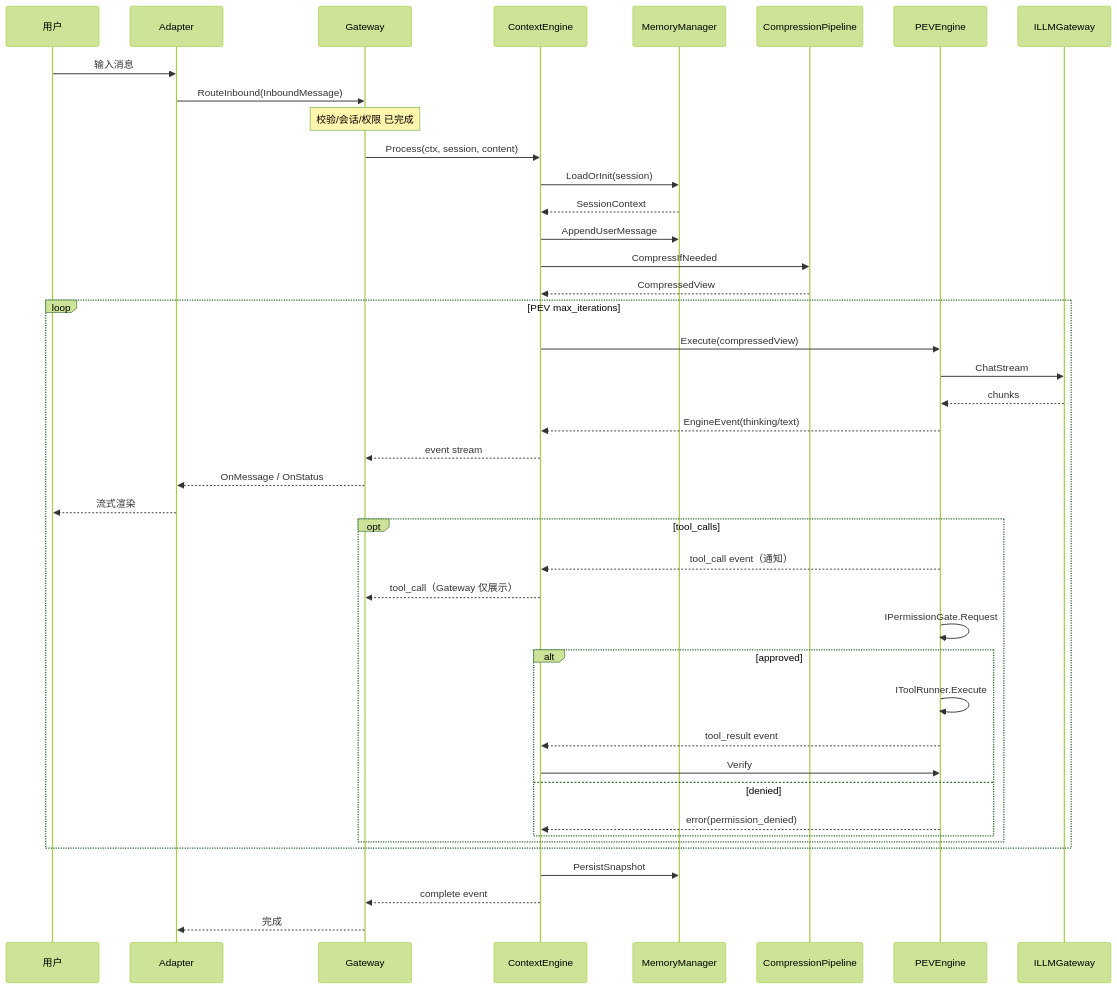
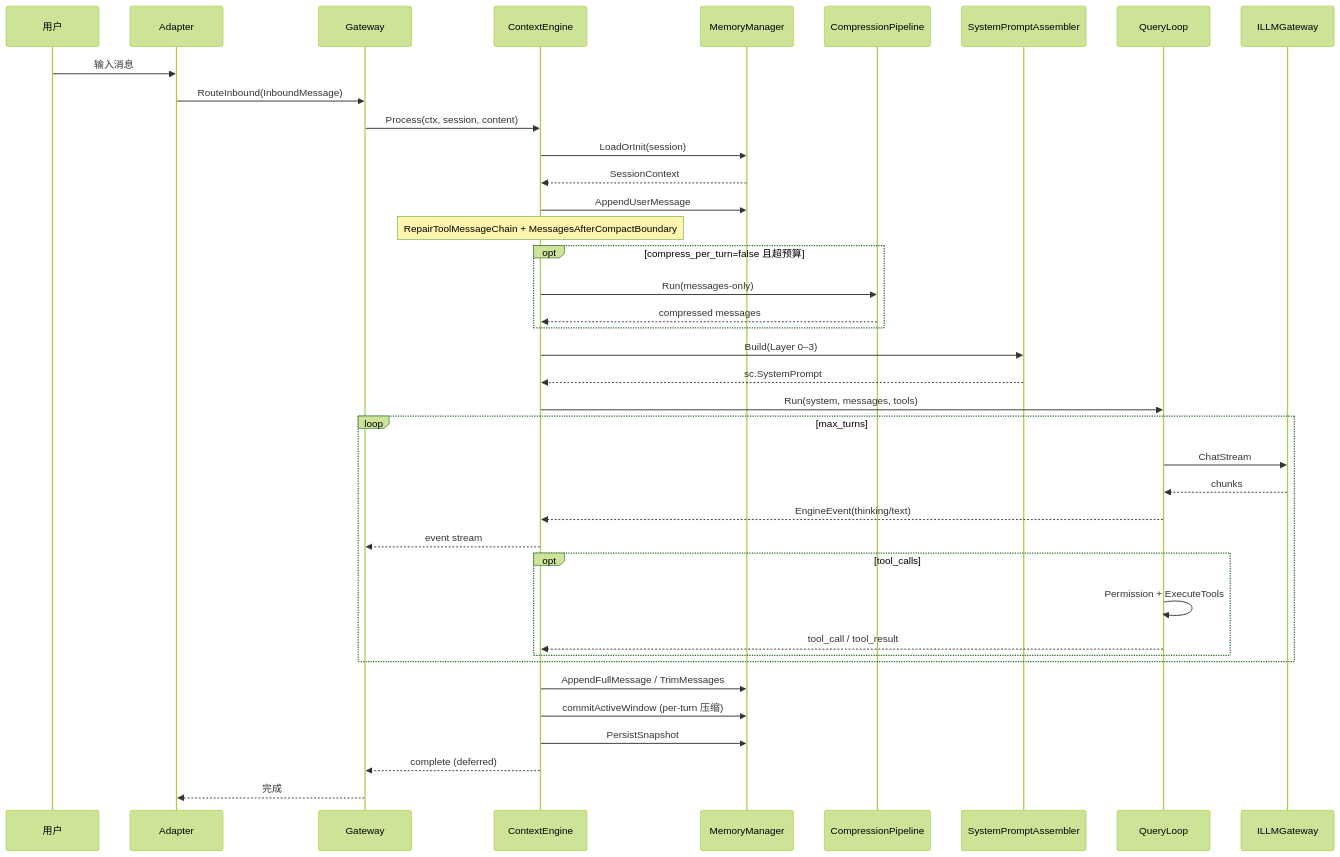
The first of 2 diagrams in openspec/specs/d2-context-engine/design.md (fqntxmqee/devrix), drawn with Mermaid (forest theme) before and after one commit. The commit also changed other lines of this file and 16 other files, not shown here.

````diff
--- a/openspec/specs/d2-context-engine/design.md
+++ b/openspec/specs/d2-context-engine/design.md
@@ -96,49 +99,43 @@
 ```mermaid
 sequenceDiagram
     participant U as 用户
     participant A as Adapter
     participant G as Gateway
     participant C as ContextEngine
     participant M as MemoryManager
     participant P as CompressionPipeline
-    participant V as PEVEngine
+    participant A2 as SystemPromptAssembler
+    participant Q as QueryLoop
     participant L as ILLMGateway
 
     U->>A: 输入消息
     A->>G: RouteInbound(InboundMessage)
-    Note over G: 校验/会话/权限 已完成
     G->>C: Process(ctx, session, content)
 
     C->>M: LoadOrInit(session)
     M-->>C: SessionContext
     C->>M: AppendUserMessage
-    C->>P: CompressIfNeeded
-    P-->>C: CompressedView
-
-    loop PEV max_iterations
-        C->>V: Execute(compressedView)
-        V->>L: ChatStream
-        L-->>V: chunks
-        V-->>C: EngineEvent(thinking/text)
+    Note over C: RepairToolMessageChain + MessagesAfterCompactBoundary
+    opt compress_per_turn=false 且超预算
+        C->>P: Run(messages-only)
+        P-->>C: compressed messages
+    end
+    C->>A2: Build(Layer 0–3)
+    A2-->>C: sc.SystemPrompt
+    C->>Q: Run(system, messages, tools)
+    loop max_turns
+        Q->>L: ChatStream
+        L-->>Q: chunks
+        Q-->>C: EngineEvent(thinking/text)
         C-->>G: event stream
-        G-->>A: OnMessage / OnStatus
-        A-->>U: 流式渲染
-
         opt tool_calls
-            V-->>C: tool_call event（通知）
-            C-->>G: tool_call（Gateway 仅展示）
-            V->>V: IPermissionGate.Request
-            alt approved
-                V->>V: IToolRunner.Execute
-                V-->>C: tool_result event
-                C->>V: Verify
-            else denied
-                V-->>C: error(permission_denied)
-            end
+            Q->>Q: Permission + ExecuteTools
+            Q-->>C: tool_call / tool_result
         end
     end
-
+    C->>M: AppendFullMessage / TrimMessages
+    C->>M: commitActiveWindow (per-turn 压缩)
     C->>M: PersistSnapshot
-    C-->>G: complete event
+    C-->>G: complete (deferred)
     G-->>A: 完成
 ```
````
